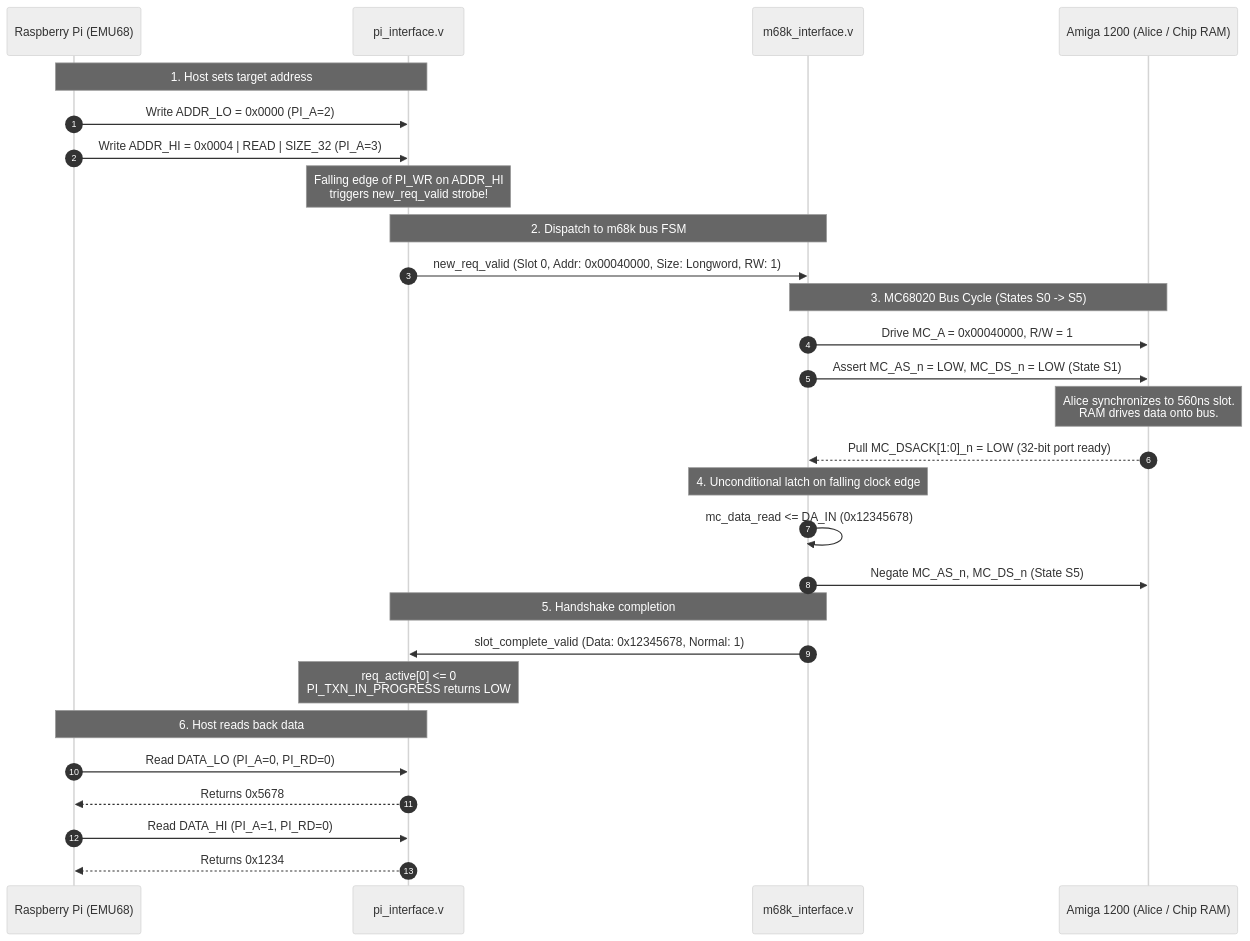
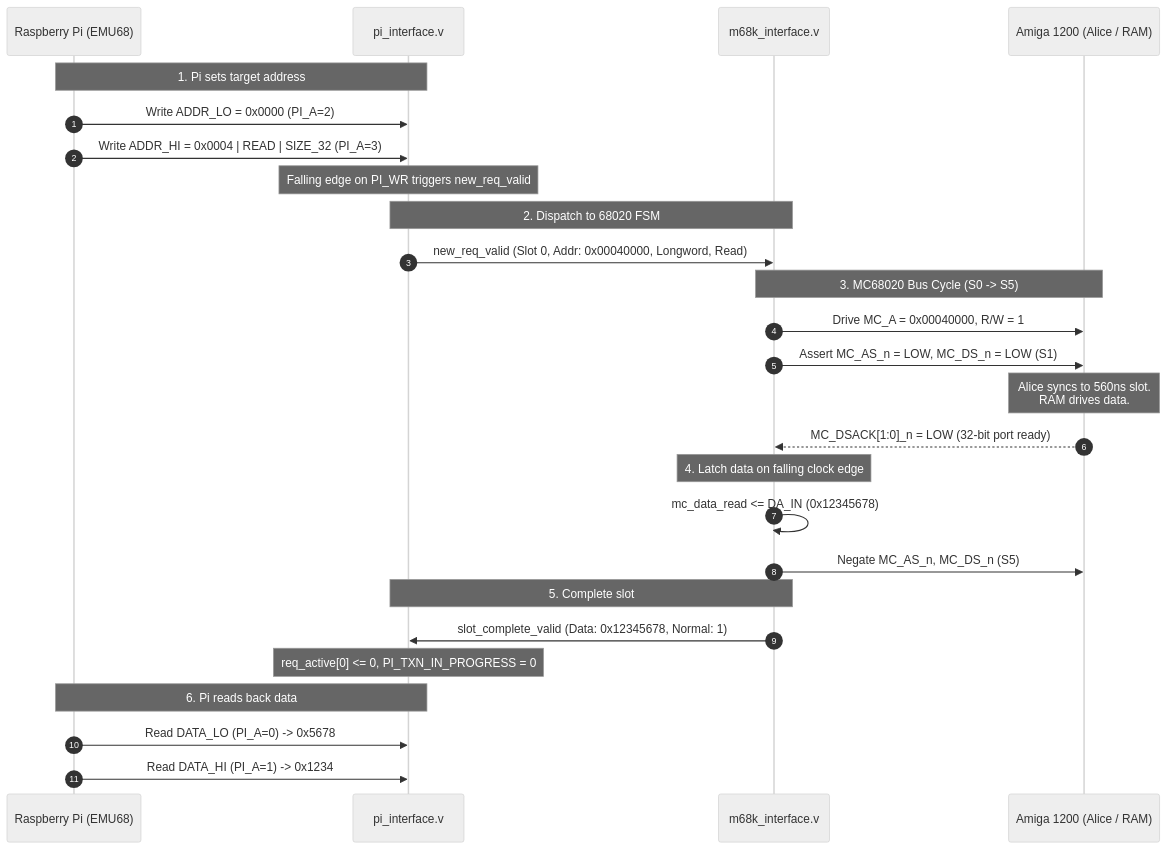
Before and after one commit to PiStorm/pistorm32-lite-gateware: the second of 5 diagrams in DOCS/HOW_IT_WORKS.md, drawn with Mermaid (neutral theme). The commit also changed other lines of this file and 10 other files, not shown here.

````diff
--- a/DOCS/HOW_IT_WORKS.md
+++ b/DOCS/HOW_IT_WORKS.md
@@ -94,37 +95,35 @@
 ```mermaid
 sequenceDiagram
     autonumber
     participant Pi as Raspberry Pi (EMU68)
     participant PI_IF as pi_interface.v
     participant M68K as m68k_interface.v
-    participant Amiga as Amiga 1200 (Alice / Chip RAM)
+    participant Amiga as Amiga 1200 (Alice / RAM)
 
-    Note over Pi,PI_IF: 1. Host sets target address
+    Note over Pi,PI_IF: 1. Pi sets target address
     Pi->>PI_IF: Write ADDR_LO = 0x0000 (PI_A=2)
     Pi->>PI_IF: Write ADDR_HI = 0x0004 | READ | SIZE_32 (PI_A=3)
-    Note over PI_IF: Falling edge of PI_WR on ADDR_HI<br/>triggers new_req_valid strobe!
+    Note over PI_IF: Falling edge on PI_WR triggers new_req_valid
 
-    Note over PI_IF,M68K: 2. Dispatch to m68k bus FSM
-    PI_IF->>M68K: new_req_valid (Slot 0, Addr: 0x00040000, Size: Longword, RW: 1)
+    Note over PI_IF,M68K: 2. Dispatch to 68020 FSM
+    PI_IF->>M68K: new_req_valid (Slot 0, Addr: 0x00040000, Longword, Read)
     
-    Note over M68K,Amiga: 3. MC68020 Bus Cycle (States S0 -> S5)
+    Note over M68K,Amiga: 3. MC68020 Bus Cycle (S0 -> S5)
     M68K->>Amiga: Drive MC_A = 0x00040000, R/W = 1
-    M68K->>Amiga: Assert MC_AS_n = LOW, MC_DS_n = LOW (State S1)
+    M68K->>Amiga: Assert MC_AS_n = LOW, MC_DS_n = LOW (S1)
     
-    Note over Amiga: Alice synchronizes to 560ns slot.<br/>RAM drives data onto bus.
-    Amiga-->>M68K: Pull MC_DSACK[1:0]_n = LOW (32-bit port ready)
+    Note over Amiga: Alice syncs to 560ns slot.<br/>RAM drives data.
+    Amiga-->>M68K: MC_DSACK[1:0]_n = LOW (32-bit port ready)
     
-    Note over M68K: 4. Unconditional latch on falling clock edge
+    Note over M68K: 4. Latch data on falling clock edge
     M68K->>M68K: mc_data_read <= DA_IN (0x12345678)
-    M68K->>Amiga: Negate MC_AS_n, MC_DS_n (State S5)
+    M68K->>Amiga: Negate MC_AS_n, MC_DS_n (S5)
     
-    Note over M68K,PI_IF: 5. Handshake completion
+    Note over M68K,PI_IF: 5. Complete slot
     M68K->>PI_IF: slot_complete_valid (Data: 0x12345678, Normal: 1)
-    Note over PI_IF: req_active[0] <= 0<br/>PI_TXN_IN_PROGRESS returns LOW
+    Note over PI_IF: req_active[0] <= 0, PI_TXN_IN_PROGRESS = 0
 
-    Note over Pi,PI_IF: 6. Host reads back data
-    Pi->>PI_IF: Read DATA_LO (PI_A=0, PI_RD=0)
-    PI_IF-->>Pi: Returns 0x5678
-    Pi->>PI_IF: Read DATA_HI (PI_A=1, PI_RD=0)
-    PI_IF-->>Pi: Returns 0x1234
+    Note over Pi,PI_IF: 6. Pi reads back data
+    Pi->>PI_IF: Read DATA_LO (PI_A=0) -> 0x5678
+    Pi->>PI_IF: Read DATA_HI (PI_A=1) -> 0x1234
 ```
````
